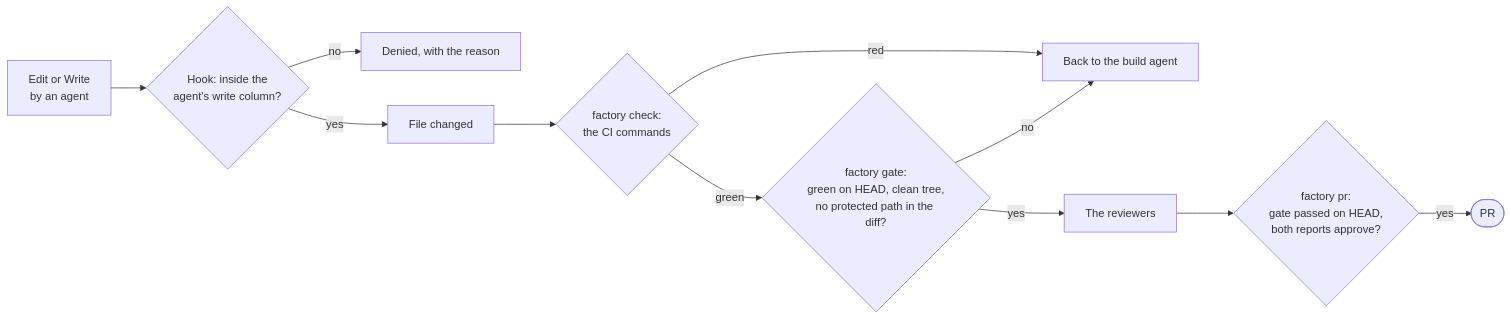
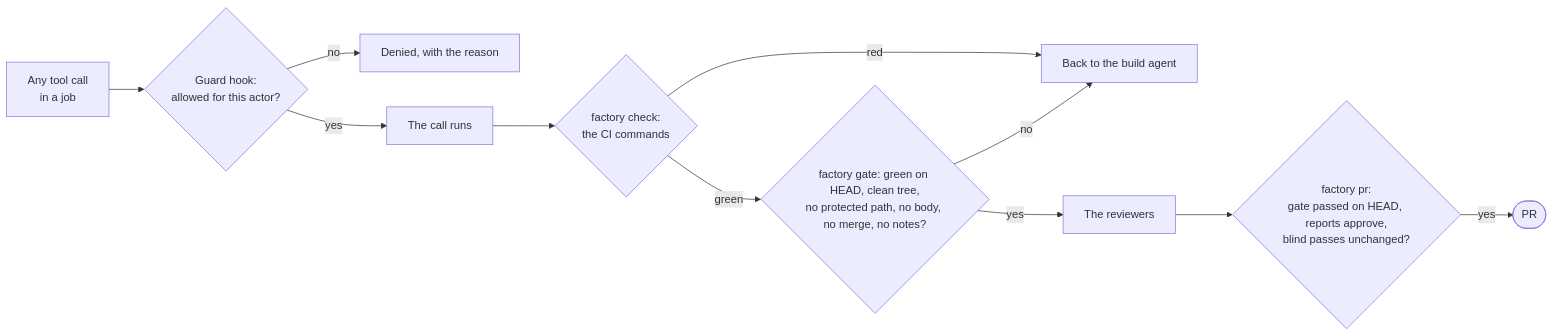
The seventh of 9 diagrams in factory/README.md (moralesbang/wandr), drawn with Mermaid before and after one commit. The commit also changed other lines of this file and 1 other file, not shown here.

First line of the commit message:
docs(factory): define the factory as of v1.3 and record the version

````diff
--- a/factory/README.md
+++ b/factory/README.md
@@ -259,13 +400,13 @@
 ```mermaid
 flowchart LR
-    w["Edit or Write<br/>by an agent"] --> h{"Hook: inside the<br/>agent's write column?"}
+    w["Any tool call<br/>in a job"] --> h{"Guard hook:<br/>allowed for this actor?"}
     h -->|no| deny["Denied, with the reason"]
-    h -->|yes| f["File changed"]
+    h -->|yes| f["The call runs"]
     f --> chk{"factory check:<br/>the CI commands"}
     chk -->|red| back["Back to the build agent"]
-    chk -->|green| g{"factory gate:<br/>green on HEAD, clean tree,<br/>no protected path in the diff?"}
+    chk -->|green| g{"factory gate: green on HEAD, clean tree,<br/>no protected path, no body, no merge, no notes?"}
     g -->|no| back
     g -->|yes| rev["The reviewers"]
-    rev --> p{"factory pr:<br/>gate passed on HEAD,<br/>both reports approve?"}
+    rev --> p{"factory pr:<br/>gate passed on HEAD, reports approve,<br/>blind passes unchanged?"}
     p -->|yes| pr(["PR"])
 ```
````
